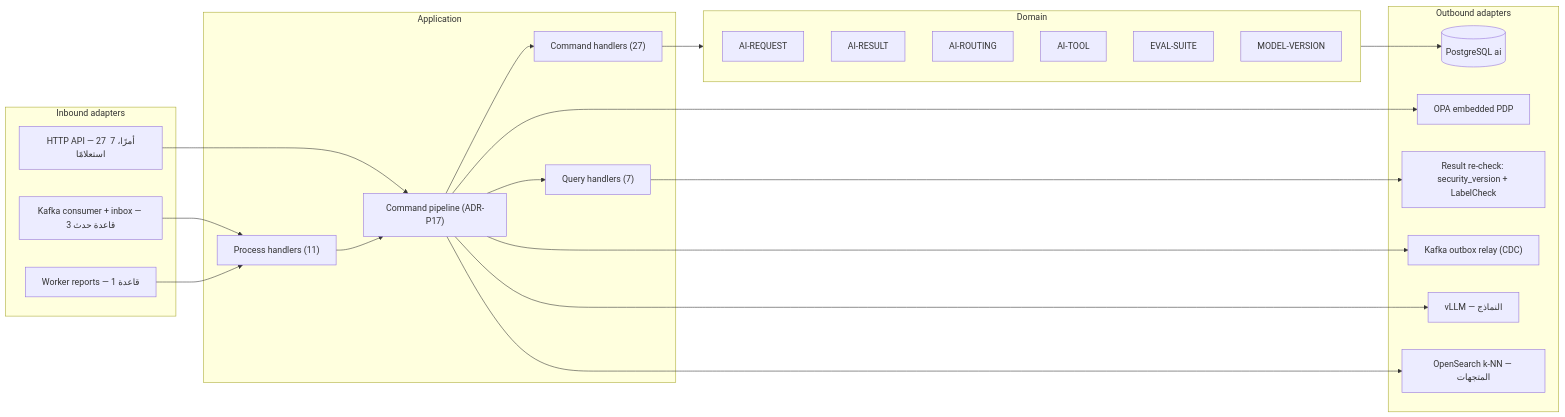
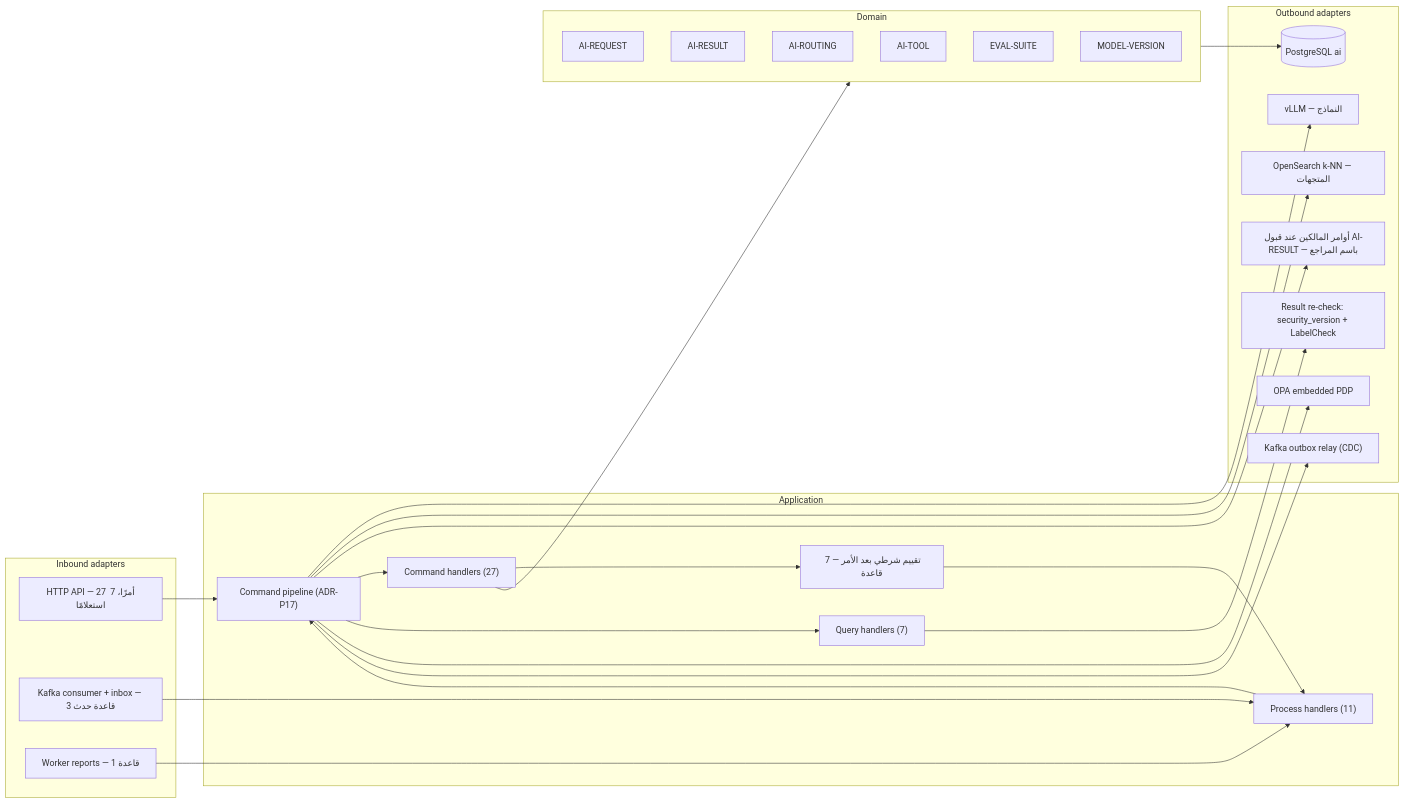
One commit to Ayoubkhattab/Planing changed diagram 15 of 15 in spec/18-analysis-design/12-components.md. Above: the diagram before and after it, drawn with Mermaid. The commit also changed other lines of this file and 16 other files, not shown here.

````diff
--- a/spec/18-analysis-design/12-components.md
+++ b/spec/18-analysis-design/12-components.md
@@ -892,43 +953,48 @@
 ```mermaid
 flowchart LR
   subgraph IN["Inbound adapters"]
     HTTP["HTTP API — 27 أمرًا، 7 استعلامًا"]
     KAFKA["Kafka consumer + inbox — 3 قاعدة حدث"]
     WORK["Worker reports — 1 قاعدة"]
   end
   subgraph APP["Application"]
     PIPE["Command pipeline (ADR-P17)"]
     CH["Command handlers (27)"]
     QH["Query handlers (7)"]
+    POST["تقييم شرطي بعد الأمر — 7 قاعدة"]
     PH["Process handlers (11)"]
   end
   subgraph DOM["Domain"]
     AGG_AI_REQUEST["AI-REQUEST"]
     AGG_AI_RESULT["AI-RESULT"]
     AGG_AI_ROUTING["AI-ROUTING"]
     AGG_AI_TOOL["AI-TOOL"]
     AGG_EVAL_SUITE["EVAL-SUITE"]
     AGG_MODEL_VERSION["MODEL-VERSION"]
   end
   subgraph OUT["Outbound adapters"]
     DB_ai[("PostgreSQL ai")]
     OPA["OPA embedded PDP"]
     RECHECK["Result re-check: security_version + LabelCheck"]
     BUS["Kafka outbox relay (CDC)"]
     XOUT0["vLLM — النماذج"]
     XOUT1["OpenSearch k-NN — المتجهات"]
+    XOUT2["أوامر المالكين عند قبول AI-RESULT — باسم المراجع"]
   end
   PIPE --> XOUT0
   PIPE --> XOUT1
+  PIPE --> XOUT2
   HTTP --> PIPE
+  CH --> POST
+  POST --> PH
   KAFKA --> PH
   WORK --> PH
   PIPE --> CH
   PIPE --> QH
   PH --> PIPE
   CH --> DOM
   DOM --> DB_ai
   PIPE --> OPA
   QH --> RECHECK
   PIPE --> BUS
 ```
````
